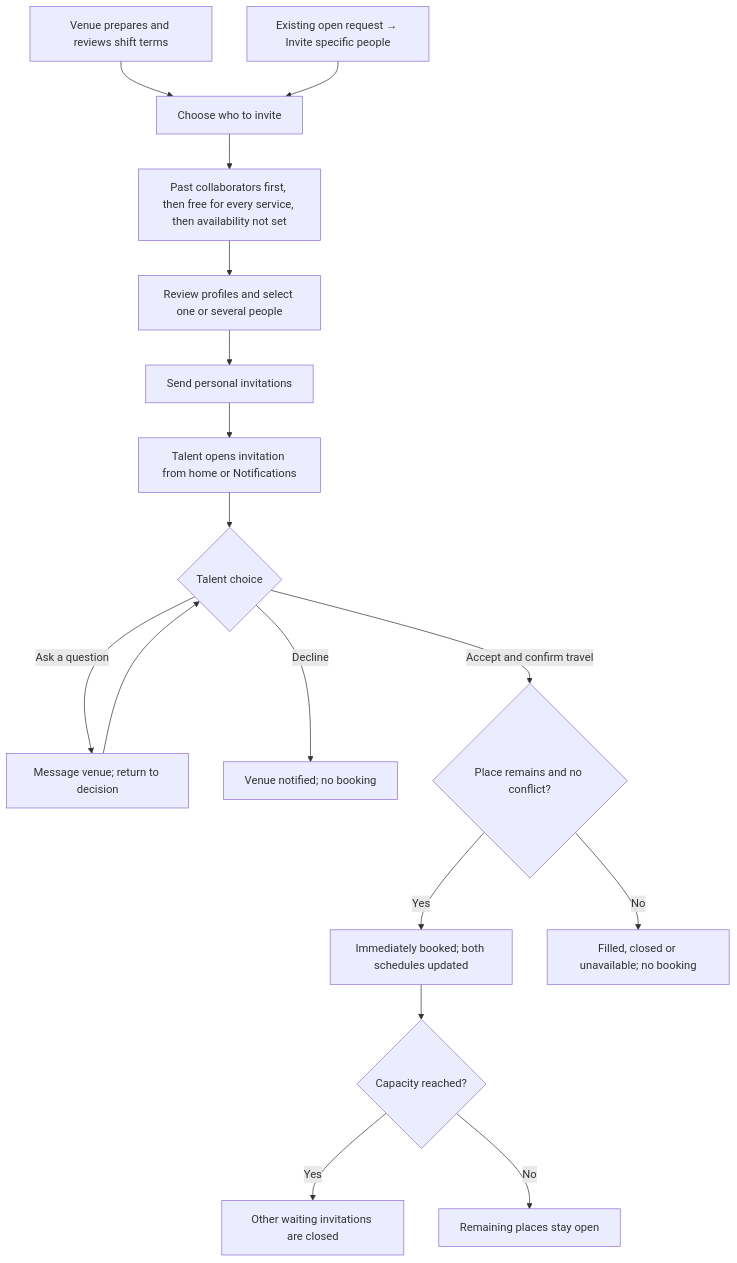
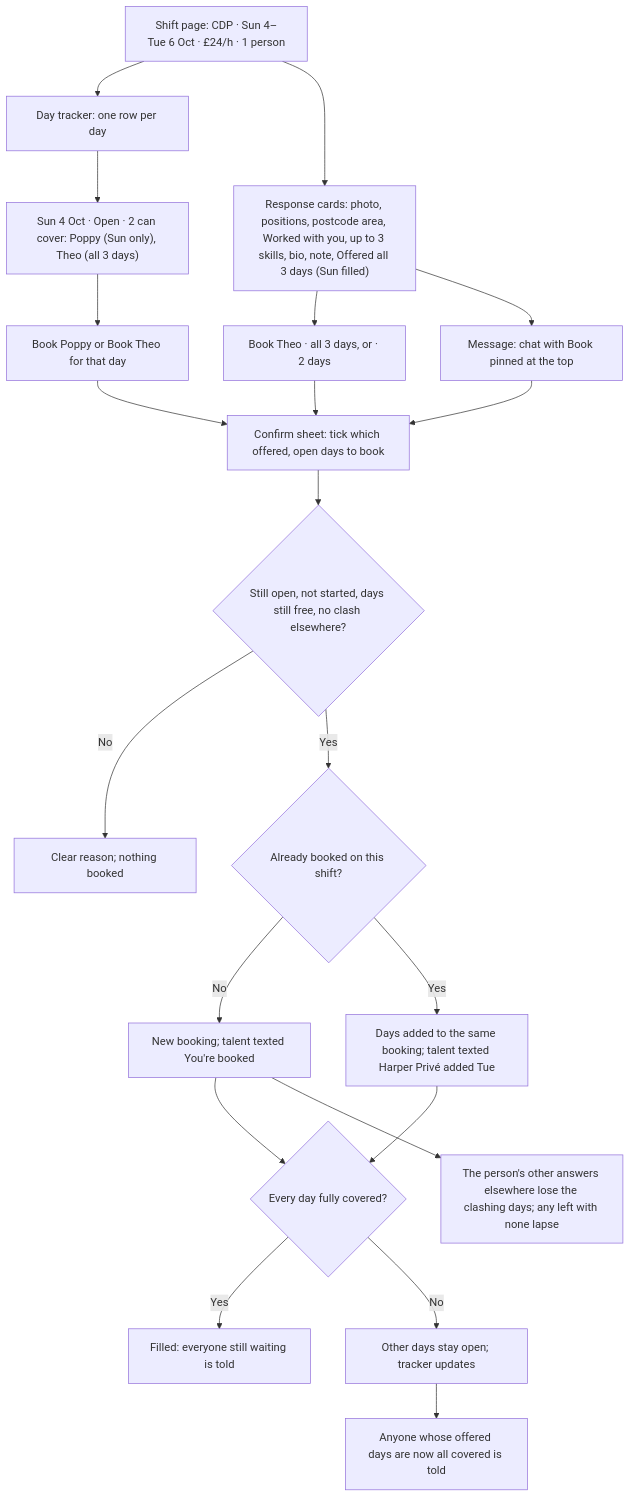
The fourth of 10 diagrams in docs/MVP-preview-flowcharts.md (Envo-Entity/dyuknow), drawn with Mermaid before and after one commit. The commit also changed other lines of this file and 54 other files, not shown here.

````diff
--- a/docs/MVP-preview-flowcharts.md
+++ b/docs/MVP-preview-flowcharts.md
@@ -73,19 +134,23 @@
 ```mermaid
 flowchart TD
-    V["Venue prepares and reviews shift terms"] --> CH["Choose who to invite"]
-    EXIST["Existing open request → Invite specific people"] --> CH
-    CH --> LIST["Past collaborators first, then free for every service, then availability not set"]
-    LIST --> SELECT["Review profiles and select one or several people"]
-    SELECT --> SEND["Send personal invitations"]
-    SEND --> T["Talent opens invitation from home or Notifications"]
-    T --> D{"Talent choice"}
-    D -->|"Ask a question"| M["Message venue; return to decision"]
-    M --> D
-    D -->|"Decline"| NO["Venue notified; no booking"]
-    D -->|"Accept and confirm travel"| C{"Place remains and no conflict?"}
-    C -->|"Yes"| B["Immediately booked; both schedules updated"]
-    C -->|"No"| F["Filled, closed or unavailable; no booking"]
-    B --> K{"Capacity reached?"}
-    K -->|"Yes"| CLOSED["Other waiting invitations are closed"]
-    K -->|"No"| OPEN["Remaining places stay open"]
+    A["Shift page: CDP · Sun 4–Tue 6 Oct · £24/h · 1 person"] --> TR["Day tracker: one row per day"]
+    TR --> ROW["Sun 4 Oct · Open · 2 can cover: Poppy (Sun only), Theo (all 3 days)"]
+    ROW --> PER["Book Poppy or Book Theo for that day"]
+    A --> R["Response cards: photo, positions, postcode area, Worked with you, up to 3 skills, bio, note, Offered all 3 days (Sun filled)"]
+    R --> FULL["Book Theo · all 3 days, or · 2 days"]
+    R --> MSG["Message: chat with Book pinned at the top"]
+    MSG --> SHEET
+    PER --> SHEET["Confirm sheet: tick which offered, open days to book"]
+    FULL --> SHEET
+    SHEET --> CHECK{"Still open, not started, days still free, no clash elsewhere?"}
+    CHECK -->|"No"| X["Clear reason; nothing booked"]
+    CHECK -->|"Yes"| OK{"Already booked on this shift?"}
+    OK -->|"No"| NEW["New booking; talent texted You're booked"]
+    OK -->|"Yes"| ADD["Days added to the same booking; talent texted Harper Privé added Tue"]
+    NEW --> COV{"Every day fully covered?"}
+    ADD --> COV
+    COV -->|"Yes"| FILLED["Filled: everyone still waiting is told"]
+    COV -->|"No"| OPEN["Other days stay open; tracker updates"]
+    OPEN --> TOLD["Anyone whose offered days are now all covered is told"]
+    NEW --> TRIM["The person's other answers elsewhere lose the clashing days; any left with none lapse"]
 ```
````
